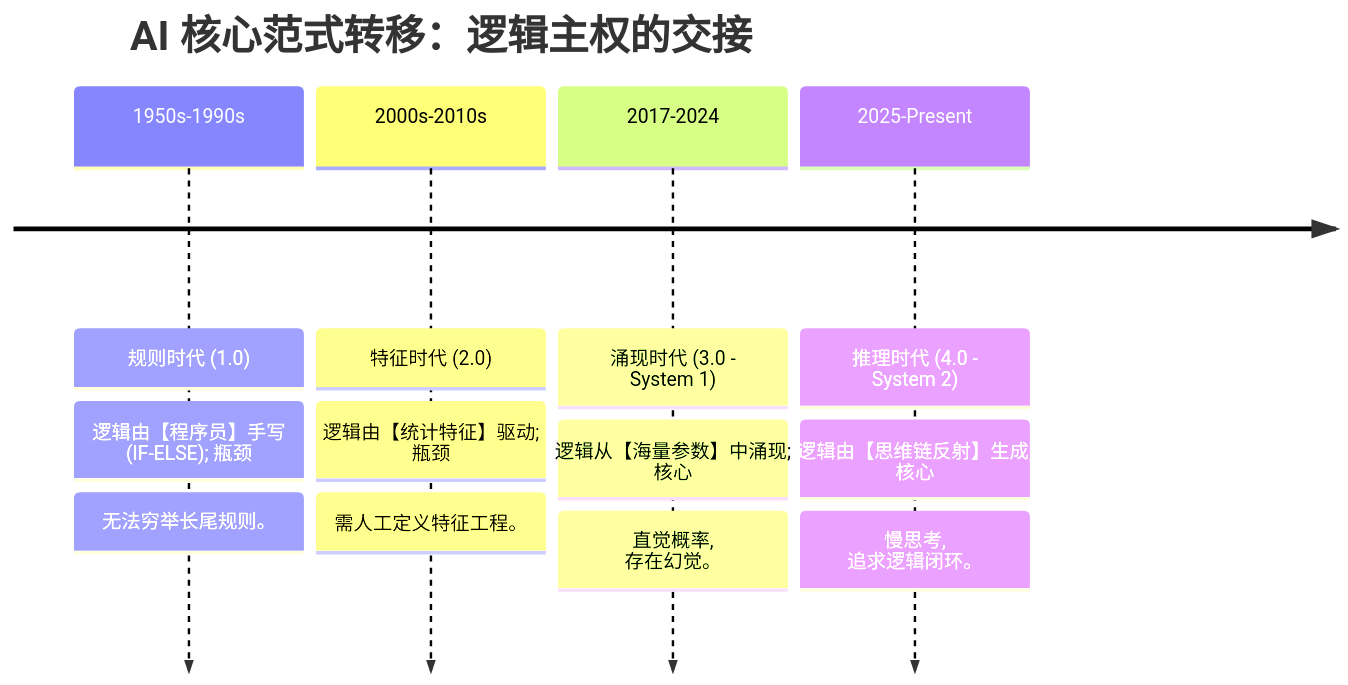
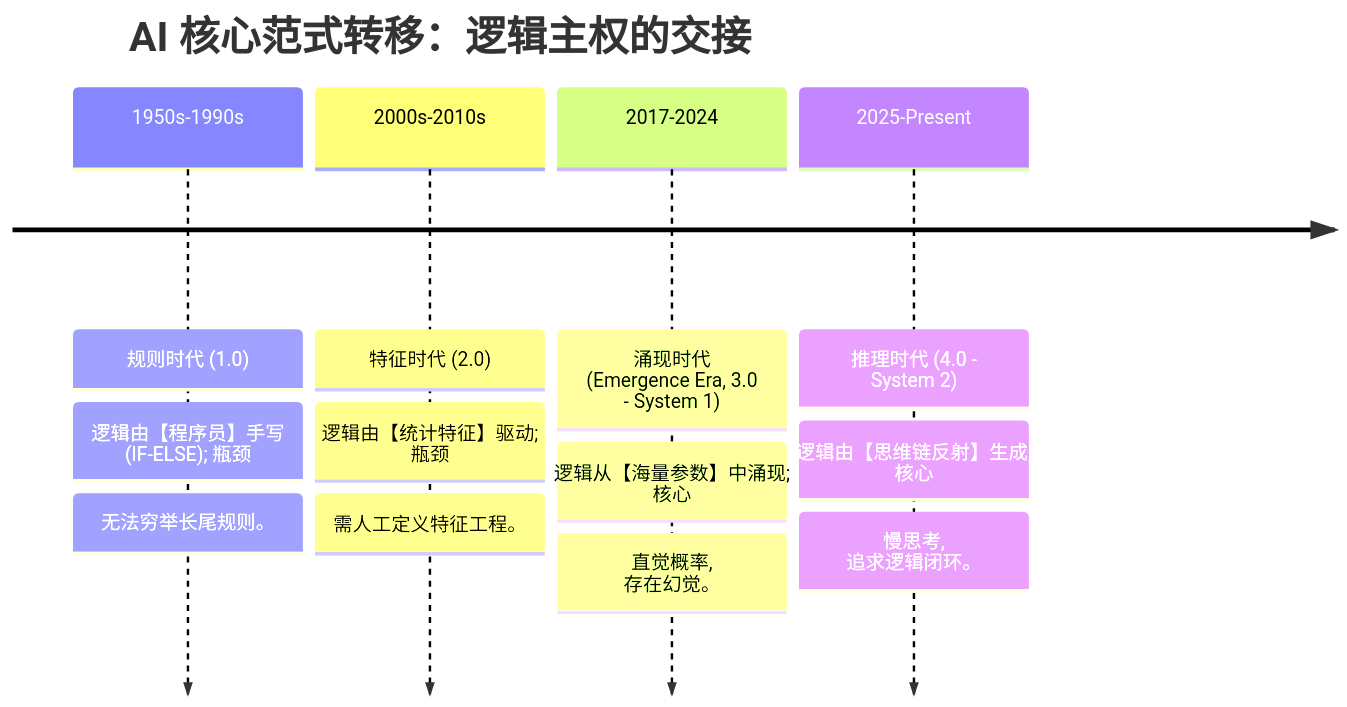
One commit to wangchong2023/ai-learning changed the fourth of 41 diagrams in doc/AI_Knowledge_Roadmap.md. Above: the diagram before and after it, drawn with Mermaid. The commit also changed other lines of this file, not shown here.

Commit message:
docs: update AI knowledge roadmap with new learning resources and milestones

````diff
--- a/doc/AI_Knowledge_Roadmap.md
+++ b/doc/AI_Knowledge_Roadmap.md
@@ -216,8 +274,8 @@
 ```mermaid
 timeline
     title AI 核心范式转移：逻辑主权的交接
     1950s-1990s : 规则时代 (1.0) : 逻辑由【程序员】手写 (IF-ELSE); 瓶颈: 无法穷举长尾规则。
     2000s-2010s : 特征时代 (2.0) : 逻辑由【统计特征】驱动; 瓶颈: 需人工定义特征工程。
-    2017-2024   : 涌现时代 (3.0 - System 1) : 逻辑从【海量参数】中涌现; 核心: 直觉概率, 存在幻觉。
+    2017-2024   : 涌现时代 (Emergence Era, 3.0 - System 1) : 逻辑从【海量参数】中涌现; 核心: 直觉概率, 存在幻觉。
     2025-Present : 推理时代 (4.0 - System 2) : 逻辑由【思维链反射】生成; 核心: 慢思考, 追求逻辑闭环。
 ```
````
